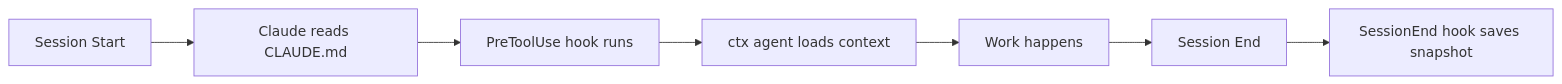
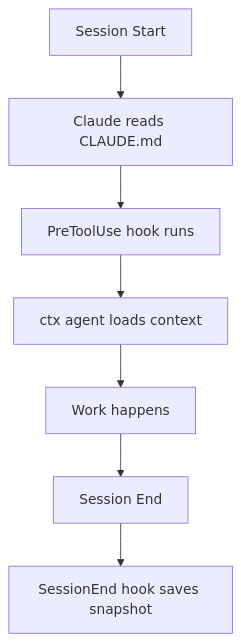
Before and after one commit to ActiveMemory/ctx: the diagram in docs/integrations.md, drawn with Mermaid. The commit also changed 16 other files, not shown here.

````diff
--- a/docs/integrations.md
+++ b/docs/integrations.md
@@ -43,9 +43,9 @@
 ```mermaid
-graph LR
+graph TD
     A[Session Start] --> B[Claude reads CLAUDE.md]
     B --> C[PreToolUse hook runs]
     C --> D[ctx agent loads context]
     D --> E[Work happens]
     E --> F[Session End]
     F --> G[SessionEnd hook saves snapshot]
 ```
````
